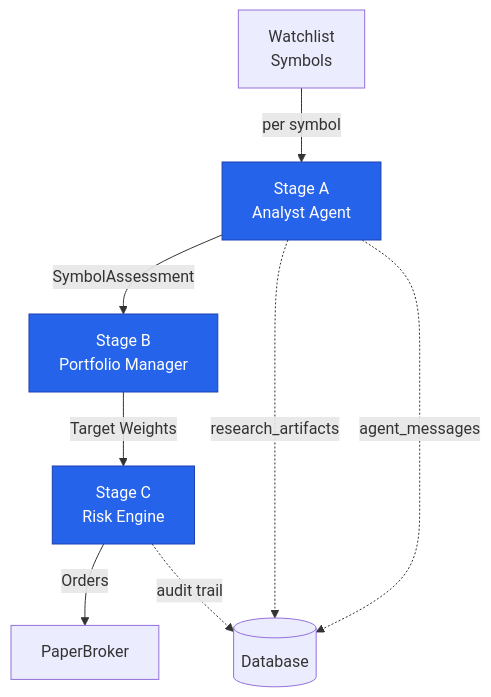
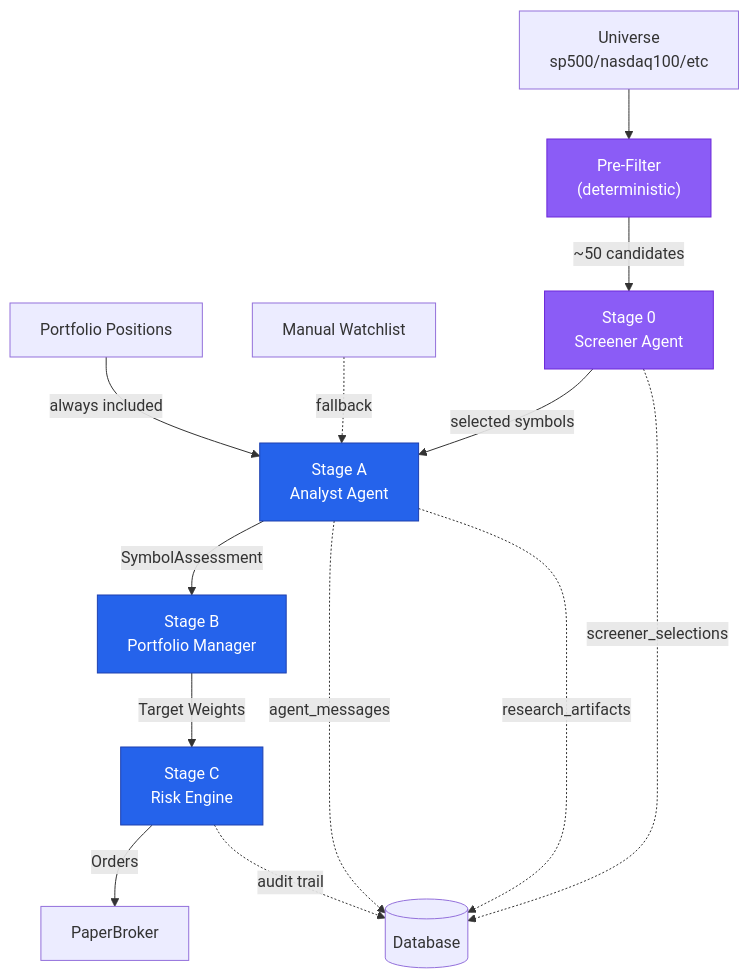
One commit to nicechester/atn-trd changed the first of 4 diagrams in docs/03-agent-and-trading-design.md. Above: the diagram before and after it, drawn with Mermaid. The commit also changed other lines of this file, not shown here.

First line of the commit message:
docs: Add Screener Agent stage to agent design doc

````diff
--- a/docs/03-agent-and-trading-design.md
+++ b/docs/03-agent-and-trading-design.md
@@ -7,15 +7,22 @@
 ```mermaid
 graph TD
-    A["Watchlist<br/>Symbols"] -->|per symbol| B["Stage A<br/>Analyst Agent"]
-    B -->|SymbolAssessment| C["Stage B<br/>Portfolio Manager"]
+    U["Universe<br/>sp500/nasdaq100/etc"] --> PF["Pre-Filter<br/>(deterministic)"]
+    PF -->|~50 candidates| S["Stage 0<br/>Screener Agent"]
+    S -->|selected symbols| A["Stage A<br/>Analyst Agent"]
+    W["Manual Watchlist"] -.->|fallback| A
+    P["Portfolio Positions"] -->|always included| A
+    A -->|SymbolAssessment| C["Stage B<br/>Portfolio Manager"]
     C -->|Target Weights| D["Stage C<br/>Risk Engine"]
     D -->|Orders| E["PaperBroker"]
     
-    B -.->|research_artifacts| F[("Database")]
-    B -.->|agent_messages| F
+    S -.->|screener_selections| F[("Database")]
+    A -.->|research_artifacts| F
+    A -.->|agent_messages| F
     D -.->|audit trail| F
     
-    style B fill:#2563eb,color:#fff,stroke:#1e40af
+    style PF fill:#8b5cf6,color:#fff,stroke:#6d28d9
+    style S fill:#8b5cf6,color:#fff,stroke:#6d28d9
+    style A fill:#2563eb,color:#fff,stroke:#1e40af
     style C fill:#2563eb,color:#fff,stroke:#1e40af
     style D fill:#2563eb,color:#fff,stroke:#1e40af
 ```
````
